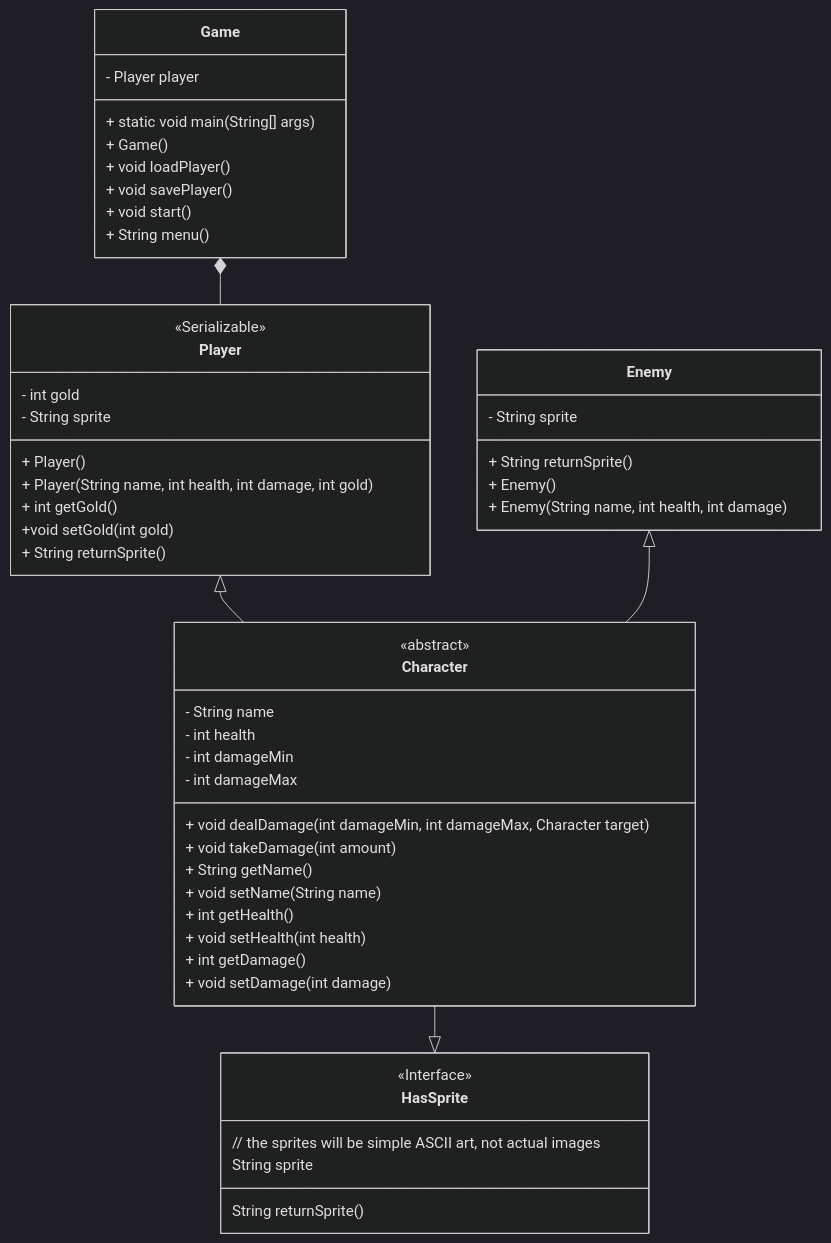
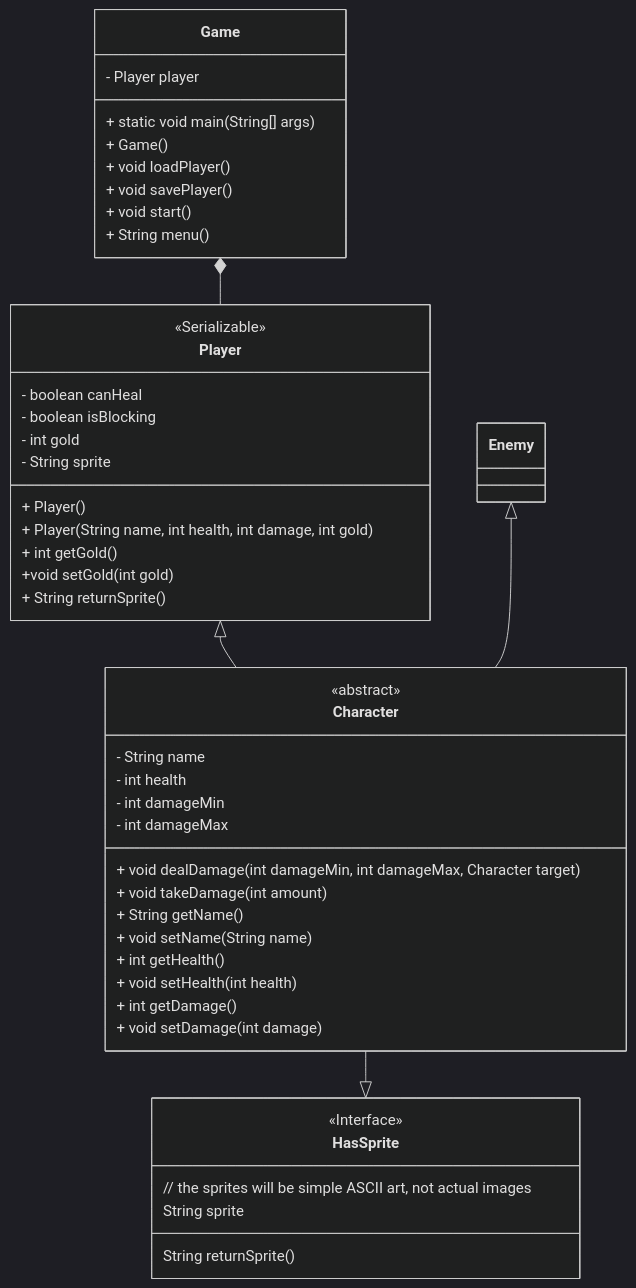
One commit to fish-2122/CS121-Final changed the second of 2 diagrams in README.md. Above: the diagram before and after it, drawn with Mermaid (dark theme).

Commit message:
gonna start on updating class diagram now

````diff
--- a/README.md
+++ b/README.md
@@ -62,54 +62,52 @@
 ```mermaid
 classDiagram
 class Game {
     - Player player
     + static void main(String[] args)
     + Game()
     + void loadPlayer()
     + void savePlayer()
     + void start()
     + String menu()
 }
 class Character {
     <<abstract>>
     - String name
     - int health
     - int damageMin
     - int damageMax
     + void dealDamage(int damageMin, int damageMax, Character target)
     + void takeDamage(int amount)
     + String getName()
     + void setName(String name)
     + int getHealth()
     + void setHealth(int health)
     + int getDamage()
     + void setDamage(int damage)
 }
 class Enemy {
-    - String sprite
-    + String returnSprite()
-    + Enemy()
-    + Enemy(String name, int health, int damage)
 }
 class Player {
     <<Serializable>>
+    - boolean canHeal
+    - boolean isBlocking
     - int gold
     - String sprite
     + Player()
     + Player(String name, int health, int damage, int gold)
     + int getGold()
     +void setGold(int gold)
     + String returnSprite()
 }
 class HasSprite {
     // the sprites will be simple ASCII art, not actual images
     <<Interface>>
     String sprite
     String returnSprite()
 }
 
 Player <|-- Character
 Enemy <|-- Character
 Character --|> HasSprite
 Game *-- Player
 ```
````
